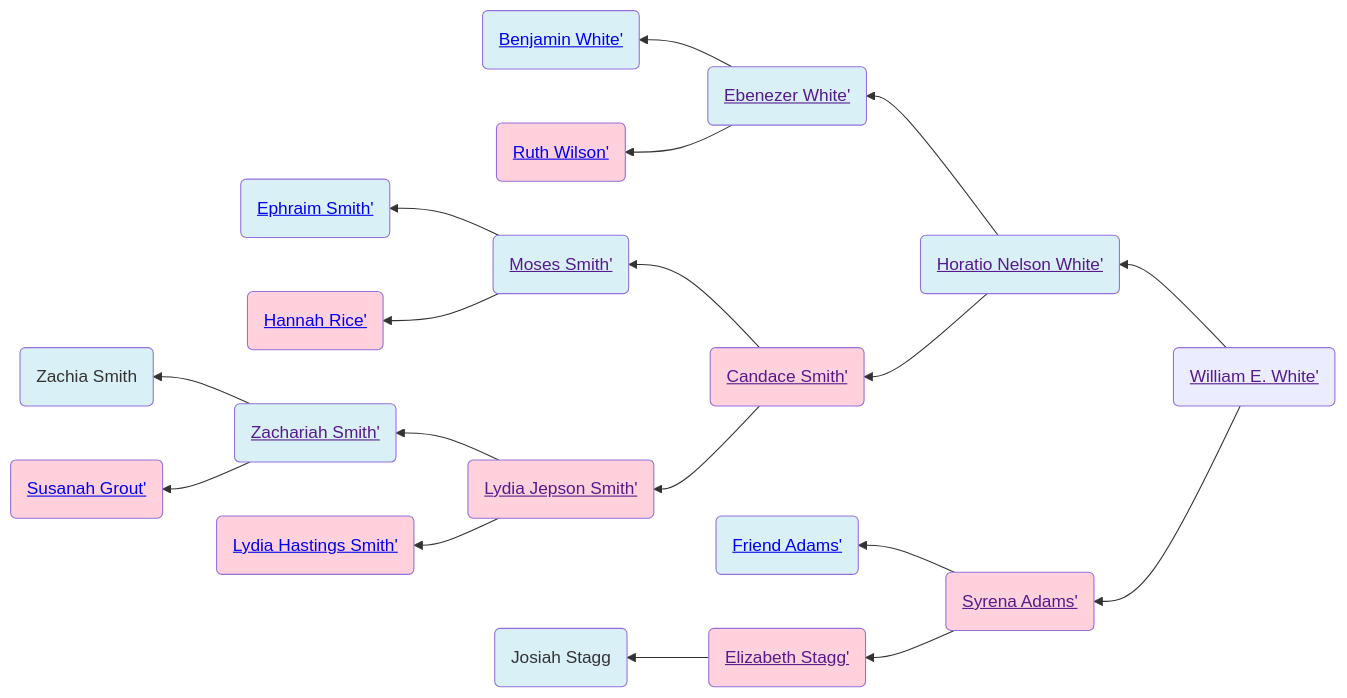
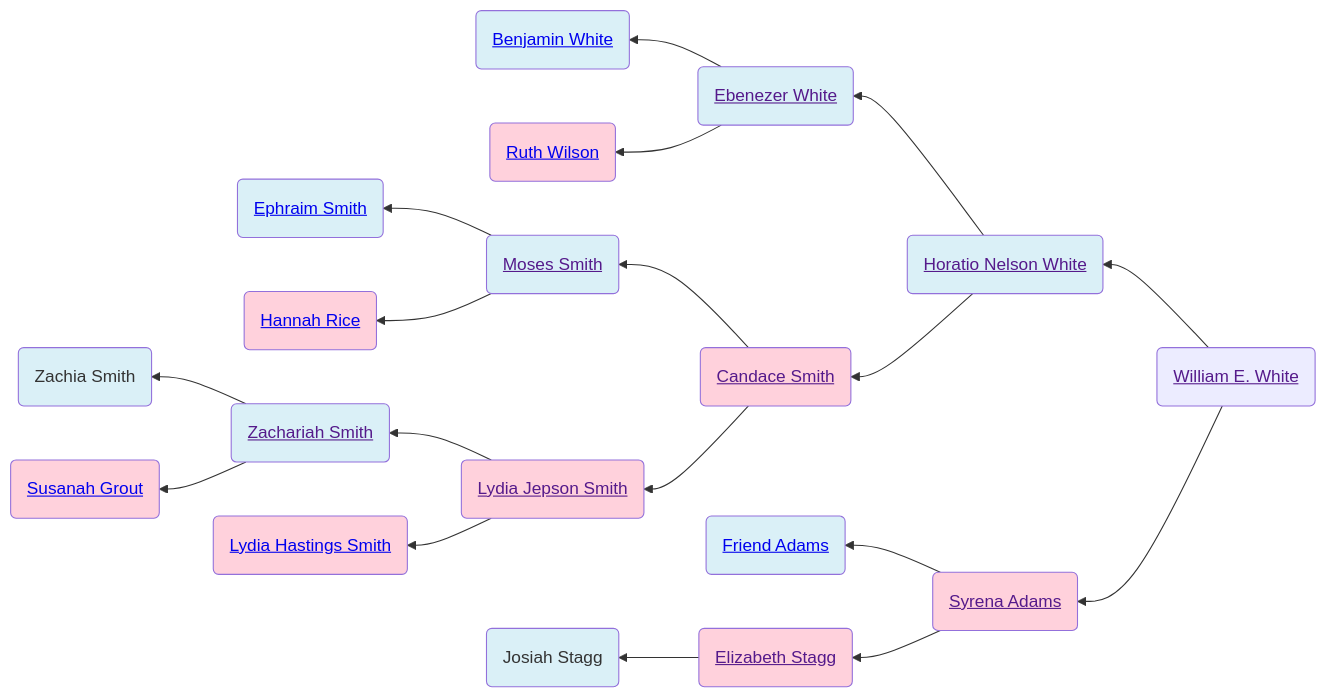
The first of 2 diagrams in familyhistory/sources/people/Merrill-line/White-line/William_E._White.qmd (neelsmith/avocational), drawn with Mermaid before and after one commit. The commit also changed other lines of this file and 96 other files, not shown here.

````diff
--- a/familyhistory/sources/people/Merrill-line/White-line/William_E._White.qmd
+++ b/familyhistory/sources/people/Merrill-line/White-line/William_E._White.qmd
@@ -26,42 +26,42 @@
 ```{mermaid}
 graph RL
 %% RL ancestor diagram
-William_E._White(<a href=''>William E. White'</>) -->  Horatio_Nelson_White(<a href='./Horatio_Nelson_White.html'>Horatio Nelson White'</>)
-Horatio_Nelson_White(<a href=''>Horatio Nelson White'</>) -->  Ebenezer_White(<a href='./Ebenezer_White.html'>Ebenezer White'</>)
-Ebenezer_White(<a href=''>Ebenezer White'</>) -->  Benjamin_White(<a href='./Benjamin_White.html'>Benjamin White'</>)
+William_E._White(<a href=''>William E. White</a>) -->  Horatio_Nelson_White(<a href='./Horatio_Nelson_White.html'>Horatio Nelson White</a>)
+Horatio_Nelson_White(<a href=''>Horatio Nelson White</a>) -->  Ebenezer_White(<a href='./Ebenezer_White.html'>Ebenezer White</a>)
+Ebenezer_White(<a href=''>Ebenezer White</a>) -->  Benjamin_White(<a href='./Benjamin_White.html'>Benjamin White</a>)
 class Benjamin_White father
-Ebenezer_White(<a href=''>Ebenezer White'</>)  --> Ruth_Wilson(<a href='./Wilson-line/Ruth_Wilson.html'>Ruth Wilson'</>)
+Ebenezer_White(<a href=''>Ebenezer White</a>)  --> Ruth_Wilson(<a href='./Wilson-line/Ruth_Wilson.html'>Ruth Wilson</a>)
 class Ruth_Wilson mother
 class Ebenezer_White father
-Horatio_Nelson_White(<a href=''>Horatio Nelson White'</>)  --> Candace_Smith(<a href='./Candace-Smith-line/Candace_Smith.html'>Candace Smith'</>)
-Candace_Smith(<a href=''>Candace Smith'</>) -->  Moses_Smith(<a href='./../../../Moses_Smith_connections/Moses_Smith.html'>Moses Smith'</>)
-Moses_Smith(<a href=''>Moses Smith'</>) -->  Ephraim_Smith(<a href='./../Merrill-line/White-line/Candace-Smith-line/Ephraim_Smith.html'>Ephraim Smith'</>)
+Horatio_Nelson_White(<a href=''>Horatio Nelson White</a>)  --> Candace_Smith(<a href='./Candace-Smith-line/Candace_Smith.html'>Candace Smith</a>)
+Candace_Smith(<a href=''>Candace Smith</a>) -->  Moses_Smith(<a href='./../../../Moses_Smith_connections/Moses_Smith.html'>Moses Smith</a>)
+Moses_Smith(<a href=''>Moses Smith</a>) -->  Ephraim_Smith(<a href='./../Merrill-line/White-line/Candace-Smith-line/Ephraim_Smith.html'>Ephraim Smith</a>)
 class Ephraim_Smith father
-Moses_Smith(<a href=''>Moses Smith'</>)  --> Hannah_Rice(<a href='./../Merrill-line/White-line/Candace-Smith-line/Hannah_Rice.html'>Hannah Rice'</>)
+Moses_Smith(<a href=''>Moses Smith</a>)  --> Hannah_Rice(<a href='./../Merrill-line/White-line/Candace-Smith-line/Hannah_Rice.html'>Hannah Rice</a>)
 class Hannah_Rice mother
 class Moses_Smith father
-Candace_Smith(<a href=''>Candace Smith'</>)  --> Lydia_Jepson_Smith(<a href='./Lydia_Jepson_Smith.html'>Lydia Jepson Smith'</>)
-Lydia_Jepson_Smith(<a href=''>Lydia Jepson Smith'</>) -->  Zachariah_Smith(<a href='./Zachariah_Smith.html'>Zachariah Smith'</>)
-Zachariah_Smith(<a href=''>Zachariah Smith'</>) -->  Zachia_Smith(Zachia Smith)
+Candace_Smith(<a href=''>Candace Smith</a>)  --> Lydia_Jepson_Smith(<a href='./Lydia_Jepson_Smith.html'>Lydia Jepson Smith</a>)
+Lydia_Jepson_Smith(<a href=''>Lydia Jepson Smith</a>) -->  Zachariah_Smith(<a href='./Zachariah_Smith.html'>Zachariah Smith</a>)
+Zachariah_Smith(<a href=''>Zachariah Smith</a>) -->  Zachia_Smith(Zachia Smith)
 class Zachia_Smith father
-Zachariah_Smith(<a href=''>Zachariah Smith'</>)  --> Susanah_Grout(<a href='./../../Susanah_Grout.html'>Susanah Grout'</>)
+Zachariah_Smith(<a href=''>Zachariah Smith</a>)  --> Susanah_Grout(<a href='./../../Susanah_Grout.html'>Susanah Grout</a>)
 class Susanah_Grout mother
 class Zachariah_Smith father
-Lydia_Jepson_Smith(<a href=''>Lydia Jepson Smith'</>)  --> Lydia_Hastings_Smith(<a href='./Lydia_Hastings_Smith.html'>Lydia Hastings Smith'</>)
+Lydia_Jepson_Smith(<a href=''>Lydia Jepson Smith</a>)  --> Lydia_Hastings_Smith(<a href='./Lydia_Hastings_Smith.html'>Lydia Hastings Smith</a>)
 class Lydia_Hastings_Smith mother
 class Lydia_Jepson_Smith mother
 class Candace_Smith mother
 class Horatio_Nelson_White father
-William_E._White(<a href=''>William E. White'</>)  --> Syrena_Adams(<a href='./Syrena_Adams.html'>Syrena Adams'</>)
-Syrena_Adams(<a href=''>Syrena Adams'</>) -->  Friend_Adams(<a href='./Friend_Adams.html'>Friend Adams'</>)
+William_E._White(<a href=''>William E. White</a>)  --> Syrena_Adams(<a href='./Syrena_Adams.html'>Syrena Adams</a>)
+Syrena_Adams(<a href=''>Syrena Adams</a>) -->  Friend_Adams(<a href='./Friend_Adams.html'>Friend Adams</a>)
 class Friend_Adams father
-Syrena_Adams(<a href=''>Syrena Adams'</>)  --> Elizabeth_Stagg(<a href='./Elizabeth_Stagg.html'>Elizabeth Stagg'</>)
-Elizabeth_Stagg(<a href=''>Elizabeth Stagg'</>) -->  Josiah_Stagg(Josiah Stagg)
+Syrena_Adams(<a href=''>Syrena Adams</a>)  --> Elizabeth_Stagg(<a href='./Elizabeth_Stagg.html'>Elizabeth Stagg</a>)
+Elizabeth_Stagg(<a href=''>Elizabeth Stagg</a>) -->  Josiah_Stagg(Josiah Stagg)
 class Josiah_Stagg father
 class Elizabeth_Stagg mother
 class Syrena_Adams mother
 classDef mother fill:#ffd1dc
 classDef father fill:#daf0f7  
 classDef marriage fill:#ffffff
 
 ```
````
